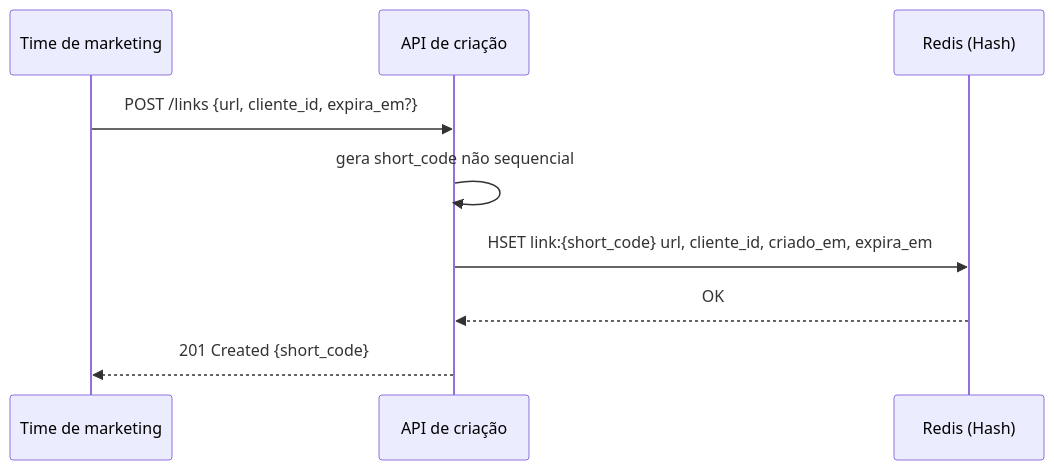
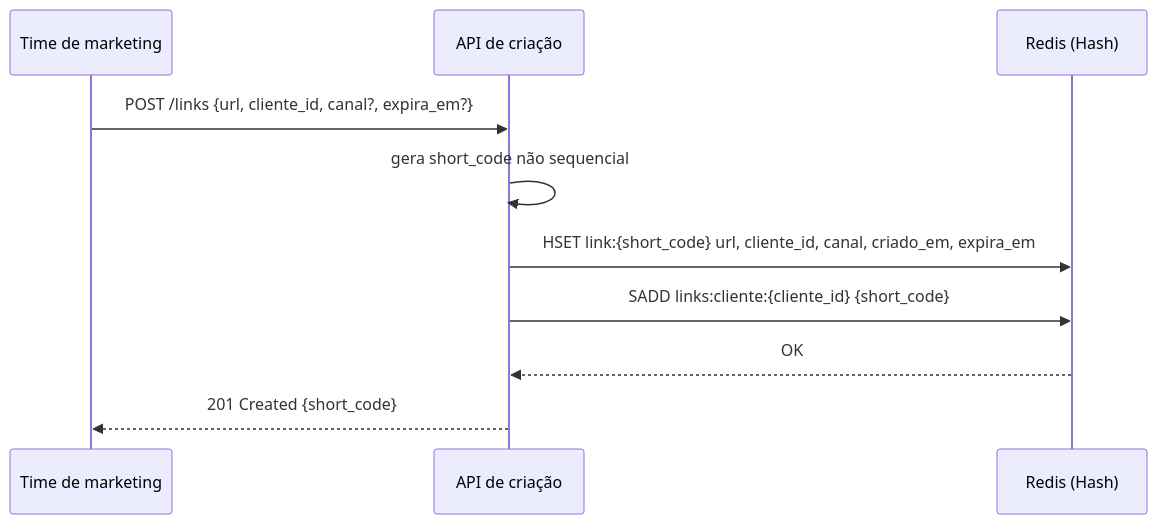
The second of 4 diagrams in docs/arquitetura/FUNCIONALIDADES.md (BudaBecker/link-pulse), drawn with Mermaid before and after one commit. The commit also changed other lines of this file and 1 other file, not shown here.

First line of the commit message:
update modeling for per-channel links, replication and expired links

````diff
--- a/docs/arquitetura/FUNCIONALIDADES.md
+++ b/docs/arquitetura/FUNCIONALIDADES.md
@@ -44,12 +44,13 @@
 ```mermaid
 sequenceDiagram
     participant M as Time de marketing
     participant API as API de criação
     participant KV as Redis (Hash)
 
-    M->>API: POST /links {url, cliente_id, expira_em?}
+    M->>API: POST /links {url, cliente_id, canal?, expira_em?}
     API->>API: gera short_code não sequencial
-    API->>KV: HSET link:{short_code} url, cliente_id, criado_em, expira_em
+    API->>KV: HSET link:{short_code} url, cliente_id, canal, criado_em, expira_em
+    API->>KV: SADD links:cliente:{cliente_id} {short_code}
     KV-->>API: OK
     API-->>M: 201 Created {short_code}
 ```
````
